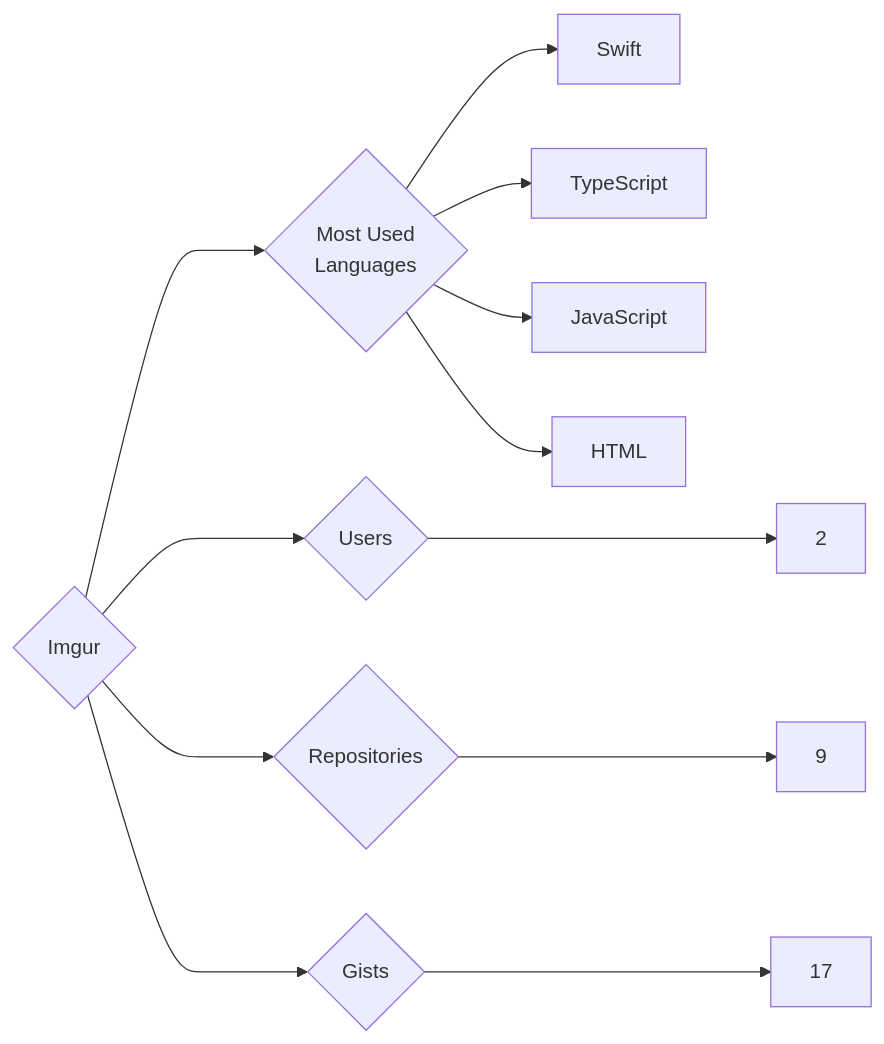
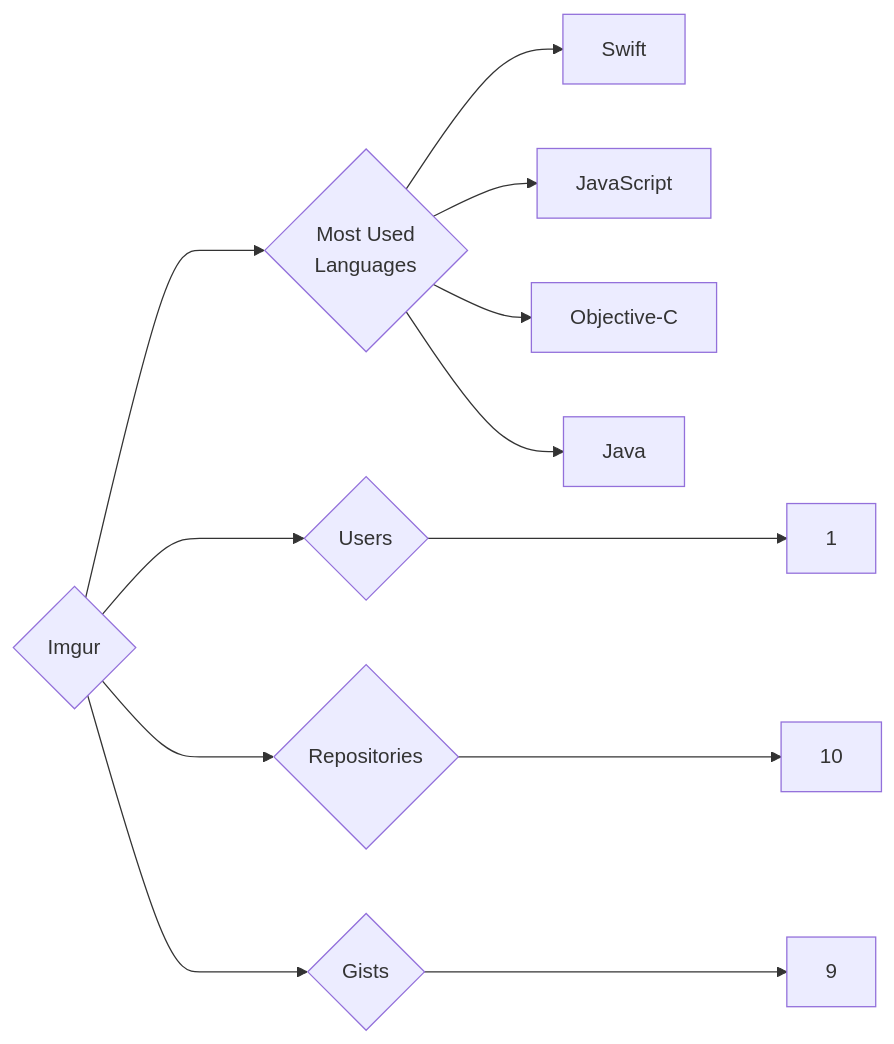
One commit to trickest/insiders changed the diagram in targets/Imgur/README.md. Above: the diagram before and after it, drawn with Mermaid. The commit also changed 882 other files, not shown here.

````diff
--- a/targets/Imgur/README.md
+++ b/targets/Imgur/README.md
@@ -3,12 +3,12 @@
 ```mermaid
 graph LR
 COMPANY_NAME{Imgur}
-COMPANY_NAME ---> U{Users} ---> UN[2]
-COMPANY_NAME ---> R{Repositories} ---> RN[9]
-COMPANY_NAME ---> G{Gists} ---> GN[17]
+COMPANY_NAME ---> U{Users} ---> UN[1]
+COMPANY_NAME ---> R{Repositories} ---> RN[10]
+COMPANY_NAME ---> G{Gists} ---> GN[9]
 COMPANY_NAME ---> ML{Most Used<br>Languages}
 ML --> Swift[Swift]
-ML --> TypeScript[TypeScript]
 ML --> JavaScript[JavaScript]
-ML --> HTML[HTML]
+ML --> Objective-C[Objective-C]
+ML --> Java[Java]
 ```
````
